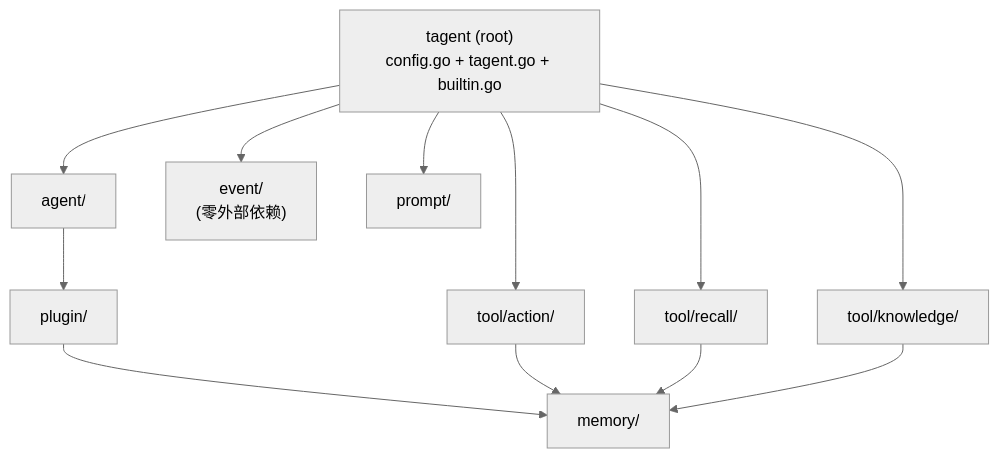
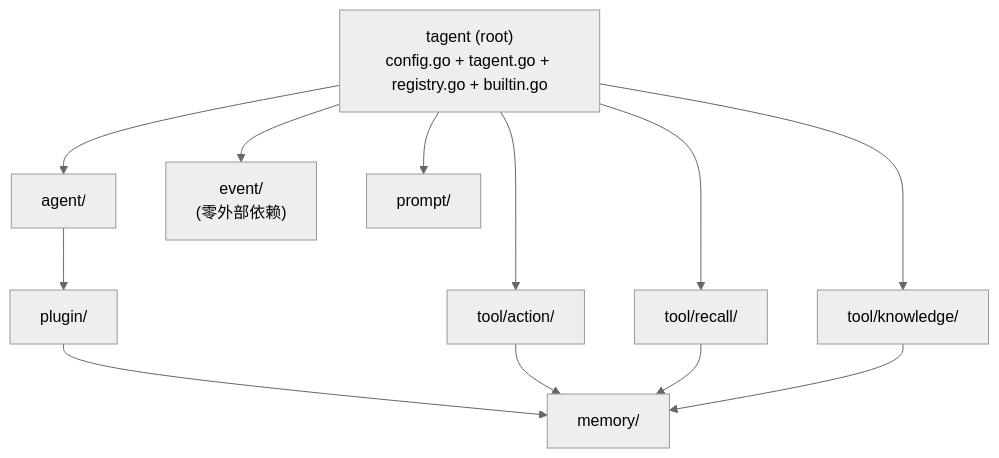
The third of 9 diagrams in README.md (SpellingDragon/tagent), drawn with Mermaid (neutral theme) before and after one commit. The commit also changed other lines of this file and 78 other files, not shown here.

````diff
--- a/README.md
+++ b/README.md
@@ -185,24 +176,24 @@
 ```mermaid
 graph TD
-    ROOT["tagent (root)<br/>config.go + tagent.go + builtin.go"]
+    ROOT["tagent (root)<br/>config.go + tagent.go + registry.go + builtin.go"]
     AGENT["agent/"]
     PLUGIN["plugin/"]
     MEMORY["memory/"]
     CMD["tool/action/"]
     RECALL["tool/recall/"]
     KNOW["tool/knowledge/"]
     EVENT["event/<br/>(零外部依赖)"]
     PROMPT["prompt/"]
 
     ROOT --> AGENT
     AGENT --> PLUGIN
     PLUGIN --> MEMORY
     ROOT --> CMD
     ROOT --> RECALL
     ROOT --> KNOW
     CMD --> MEMORY
     RECALL --> MEMORY
     KNOW --> MEMORY
     ROOT --> EVENT
     ROOT --> PROMPT
 ```
````
